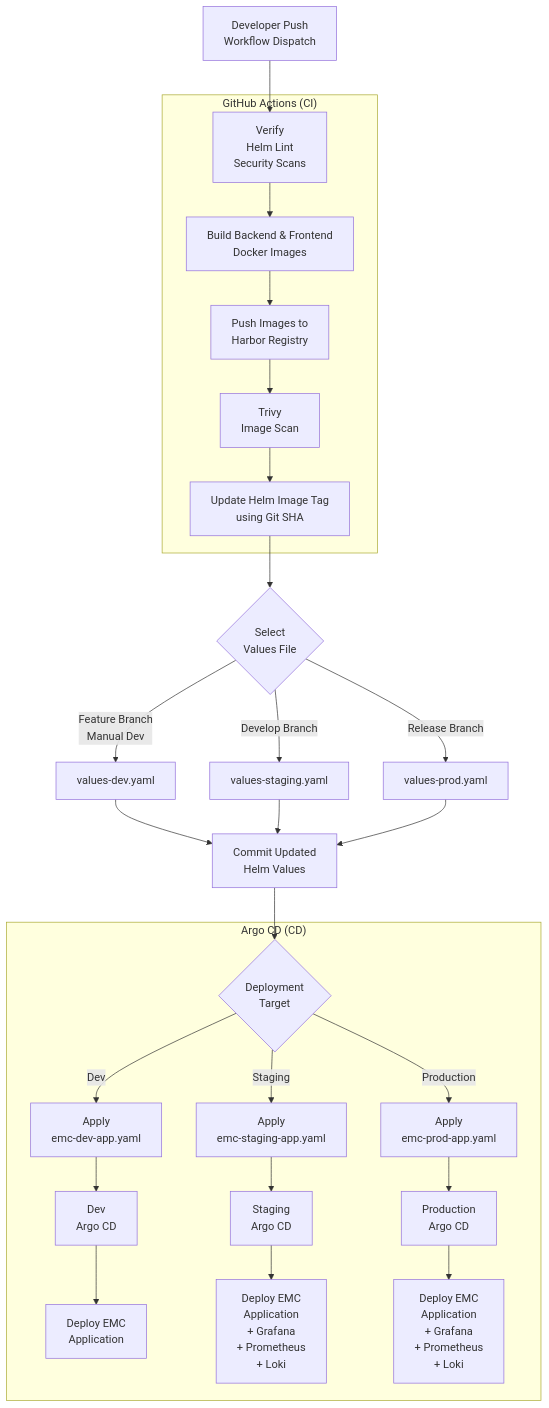
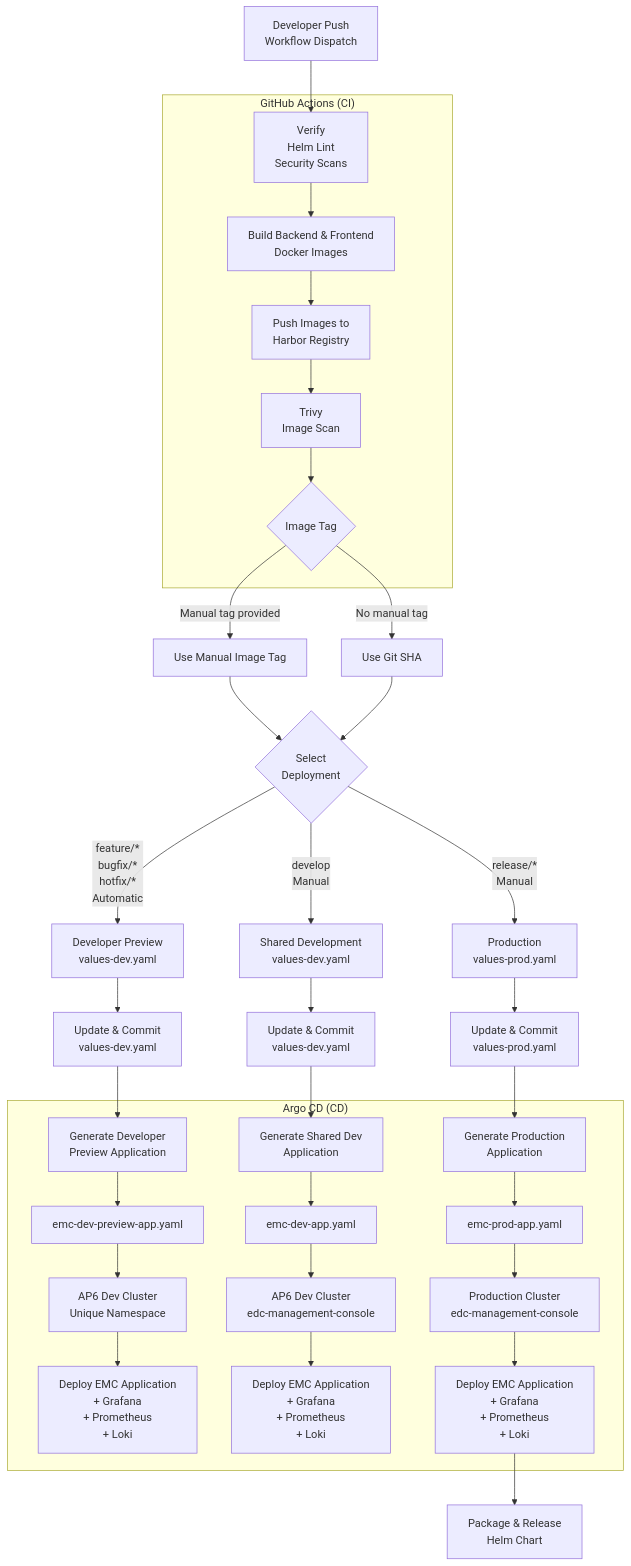
One commit to ARENA2036/edc-management-console changed the diagram in docs/ci-cd/ci-cd-flow.md. Above: the diagram before and after it, drawn with Mermaid. The commit also changed other lines of this file and 6 other files, not shown here.

````diff
--- a/docs/ci-cd/ci-cd-flow.md
+++ b/docs/ci-cd/ci-cd-flow.md
@@ -3,50 +3,63 @@
 ```mermaid
 flowchart TD
 
     A[Developer Push<br/>Workflow Dispatch]
 
     subgraph CI["GitHub Actions (CI)"]
         B[Verify<br/>Helm Lint<br/>Security Scans]
         C[Build Backend & Frontend<br/>Docker Images]
         D[Push Images to<br/>Harbor Registry]
         E[Trivy<br/>Image Scan]
-        F[Update Helm Image Tag<br/>using Git SHA]
+        F{Image Tag}
 
         B --> C
         C --> D
         D --> E
         E --> F
     end
 
     A --> B
 
-    F --> G{Select<br/>Values File}
+    F -->|Manual tag provided| F1[Use Manual Image Tag]
+    F -->|No manual tag| F2[Use Git SHA]
 
-    G -->|Feature Branch<br/>Manual Dev| G1[values-dev.yaml]
-    G -->|Develop Branch| G2[values-staging.yaml]
-    G -->|Release Branch| G3[values-prod.yaml]
+    F1 --> G{Select<br/>Deployment}
+    F2 --> G
 
-    G1 --> H[Commit Updated<br/>Helm Values]
-    G2 --> H
-    G3 --> H
+    G -->|feature/*<br/>bugfix/*<br/>hotfix/*<br/>Automatic| G1[Developer Preview<br/>values-dev.yaml]
 
-    H --> I
+    G -->|develop<br/>Manual| G2[Shared Development<br/>values-dev.yaml]
+
+    G -->|release/*<br/>Manual| G3[Production<br/>values-prod.yaml]
+
+    G1 --> H1[Update & Commit<br/>values-dev.yaml]
+    G2 --> H2[Update & Commit<br/>values-dev.yaml]
+    G3 --> H3[Update & Commit<br/>values-prod.yaml]
+
+    H1 --> I
+    H2 --> J
+    H3 --> K
 
     subgraph CD["Argo CD (CD)"]
-        I{Deployment<br/>Target}
 
-        I -->|Dev| J[Apply<br/>emc-dev-app.yaml]
-        I -->|Staging| K[Apply<br/>emc-staging-app.yaml]
-        I -->|Production| L[Apply<br/>emc-prod-app.yaml]
+        I[Generate Developer<br/>Preview Application]
+        J[Generate Shared Dev<br/>Application]
+        K[Generate Production<br/>Application]
 
-        J --> M[Dev<br/>Argo CD]
-        K --> N[Staging<br/>Argo CD]
-        L --> O[Production<br/>Argo CD]
+        I --> I1[emc-dev-preview-app.yaml]
+        J --> J1[emc-dev-app.yaml]
+        K --> K1[emc-prod-app.yaml]
 
-        M --> P[Deploy EMC<br/>Application]
+        I1 --> L[AP6 Dev Cluster<br/>Unique Namespace]
+        J1 --> M[AP6 Dev Cluster<br/>edc-management-console]
+        K1 --> N[Production Cluster<br/>edc-management-console]
 
-        N --> Q[Deploy EMC<br/>Application<br/>+ Grafana<br/>+ Prometheus<br/>+ Loki]
+        L --> O[Deploy EMC Application<br/>+ Grafana<br/>+ Prometheus<br/>+ Loki]
 
-        O --> R[Deploy EMC<br/>Application<br/>+ Grafana<br/>+ Prometheus<br/>+ Loki]
+        M --> P[Deploy EMC Application<br/>+ Grafana<br/>+ Prometheus<br/>+ Loki]
+
+        N --> Q[Deploy EMC Application<br/>+ Grafana<br/>+ Prometheus<br/>+ Loki]
     end
+
+    Q --> R[Package & Release<br/>Helm Chart]
 ```
````
